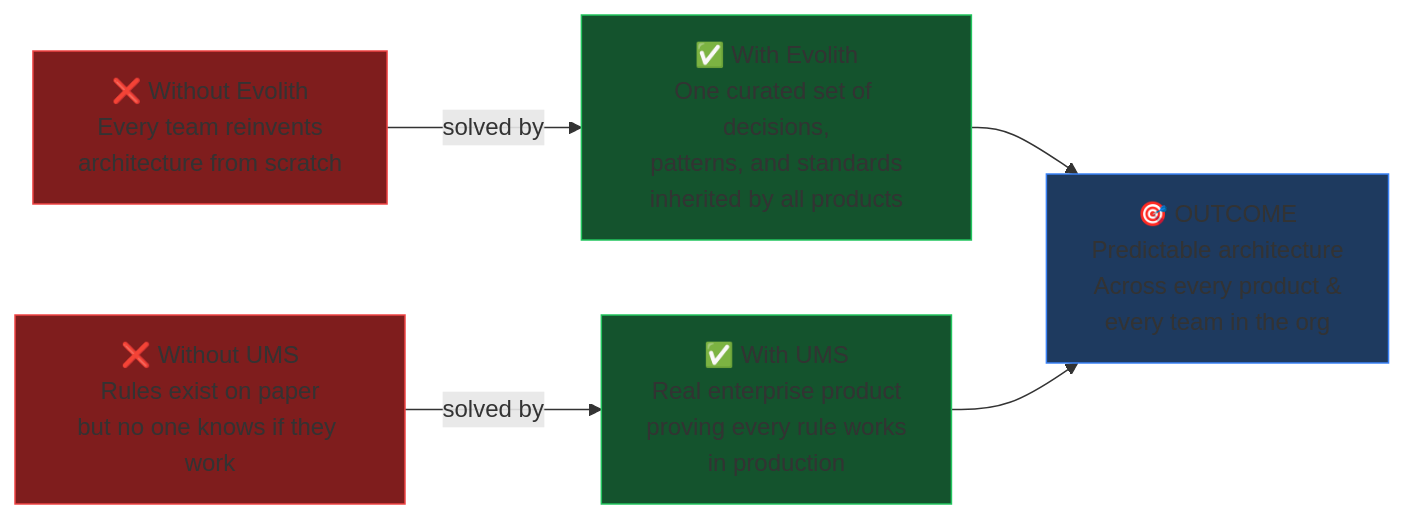
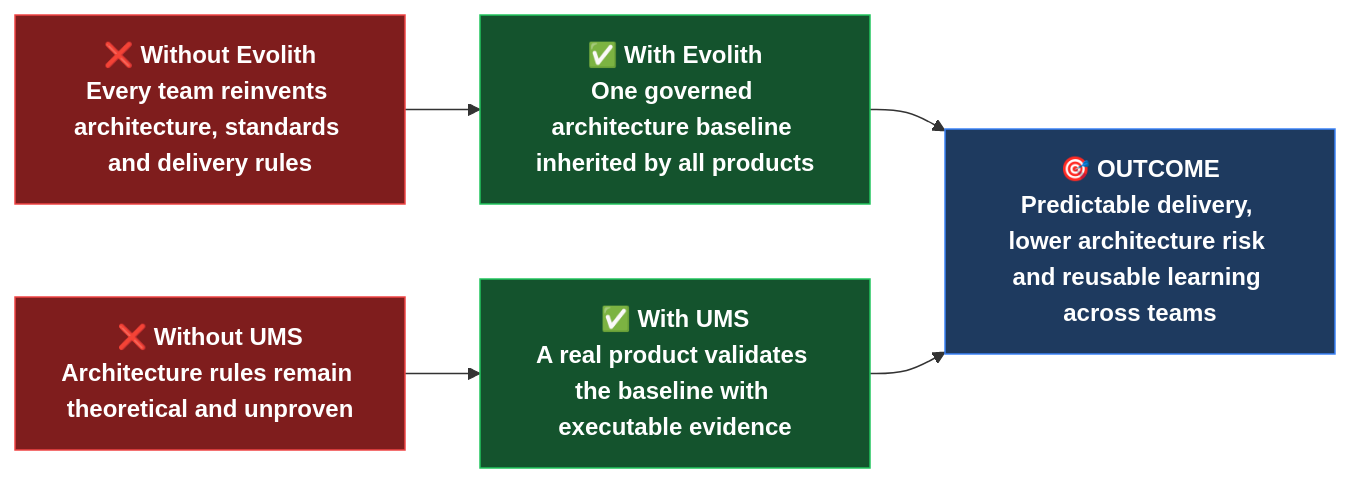
Before and after one commit to beyondnetcode/evolith_arch32: the second of 4 diagrams in reference/governance/standards/communication/visuals/v01-executive-one-pager.md, drawn with Mermaid. The commit also changed other lines of this file, not shown here.

Commit message:
docs(visuals): refresh executive one pager with current Evolith and UMS model

````diff
--- a/reference/governance/standards/communication/visuals/v01-executive-one-pager.md
+++ b/reference/governance/standards/communication/visuals/v01-executive-one-pager.md
@@ -53,19 +53,19 @@
 ```mermaid
 flowchart LR
-    classDef problem fill:#7f1d1d,stroke:#ef4444,color:#white
-    classDef solution fill:#14532d,stroke:#22c55e,color:#white
-    classDef outcome fill:#1e3a5f,stroke:#3b82f6,color:#white
+    classDef problem fill:#7f1d1d,stroke:#ef4444,color:#ffffff,font-weight:bold
+    classDef solution fill:#14532d,stroke:#22c55e,color:#ffffff,font-weight:bold
+    classDef outcome fill:#1e3a5f,stroke:#3b82f6,color:#ffffff,font-weight:bold
 
-    P1["❌ Without Evolith\nEvery team reinvents\narchitecture from scratch"]:::problem
-    P2["❌ Without UMS\nRules exist on paper\nbut no one knows if they work"]:::problem
+    P1["❌ Without Evolith\nEvery team reinvents architecture, standards and delivery rules"]:::problem
+    P2["❌ Without UMS\nArchitecture rules remain theoretical and unproven"]:::problem
 
-    S1["✅ With Evolith\nOne curated set of decisions,\npatterns, and standards\ninherited by all products"]:::solution
-    S2["✅ With UMS\nReal enterprise product\nproving every rule works\nin production"]:::solution
+    S1["✅ With Evolith\nOne governed architecture baseline inherited by all products"]:::solution
+    S2["✅ With UMS\nA real product validates the baseline with executable evidence"]:::solution
 
-    O["🎯 OUTCOME\nPredictable architecture\nAcross every product &\nevery team in the org"]:::outcome
+    O["🎯 OUTCOME\nPredictable delivery, lower architecture risk and reusable learning across teams"]:::outcome
 
-    P1 -->|"solved by"| S1
-    P2 -->|"solved by"| S2
+    P1 --> S1
+    P2 --> S2
     S1 --> O
     S2 --> O
 ```
````
